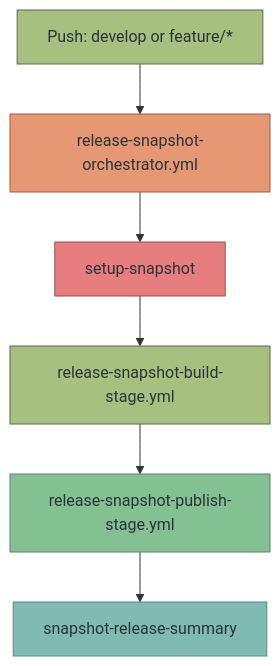
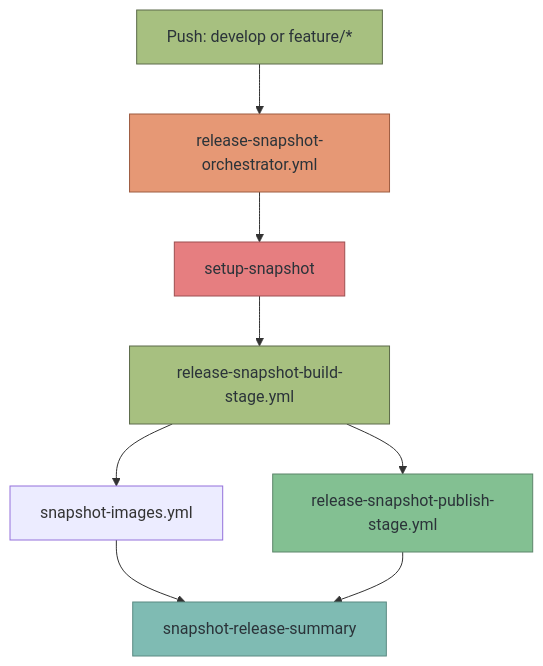
The third of 5 diagrams in docs/workflows.md (diggsweden/forge-ci), drawn with Mermaid before and after one commit. The commit also changed other lines of this file and 138 other files, not shown here.

First line of the commit message:
feat(snapshot)!: publish source-bound snapshot images on every forge

````diff
--- a/docs/workflows.md
+++ b/docs/workflows.md
@@ -315,15 +401,17 @@
 ```mermaid
 graph TD
     A[Push: develop or feature/*] --> B[release-snapshot-orchestrator.yml]
     B --> C[setup-snapshot]
     C --> D[release-snapshot-build-stage.yml]
     D --> E[release-snapshot-publish-stage.yml]
+    D --> G[snapshot-images.yml]
+    G --> F[snapshot-release-summary]
     E --> F[snapshot-release-summary]
 
     style A fill:#a7c080,stroke:#5c6a4a,color:#2b3339
     style B fill:#e69875,stroke:#9d5c41,color:#2b3339
     style C fill:#e67e80,stroke:#9d4f50,color:#2b3339
     style D fill:#a7c080,stroke:#5c6a4a,color:#2b3339
     style E fill:#83c092,stroke:#5c856a,color:#2b3339
     style F fill:#7fbbb3,stroke:#5a8a82,color:#2b3339
 ```
````
